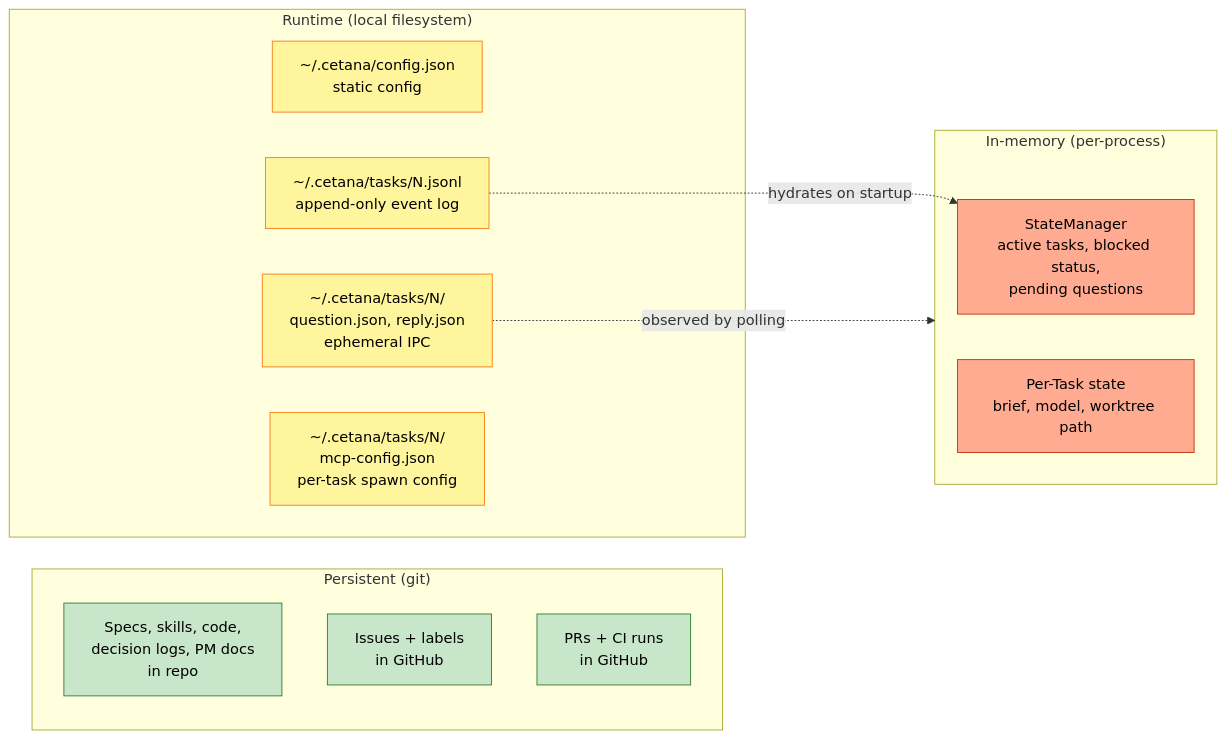
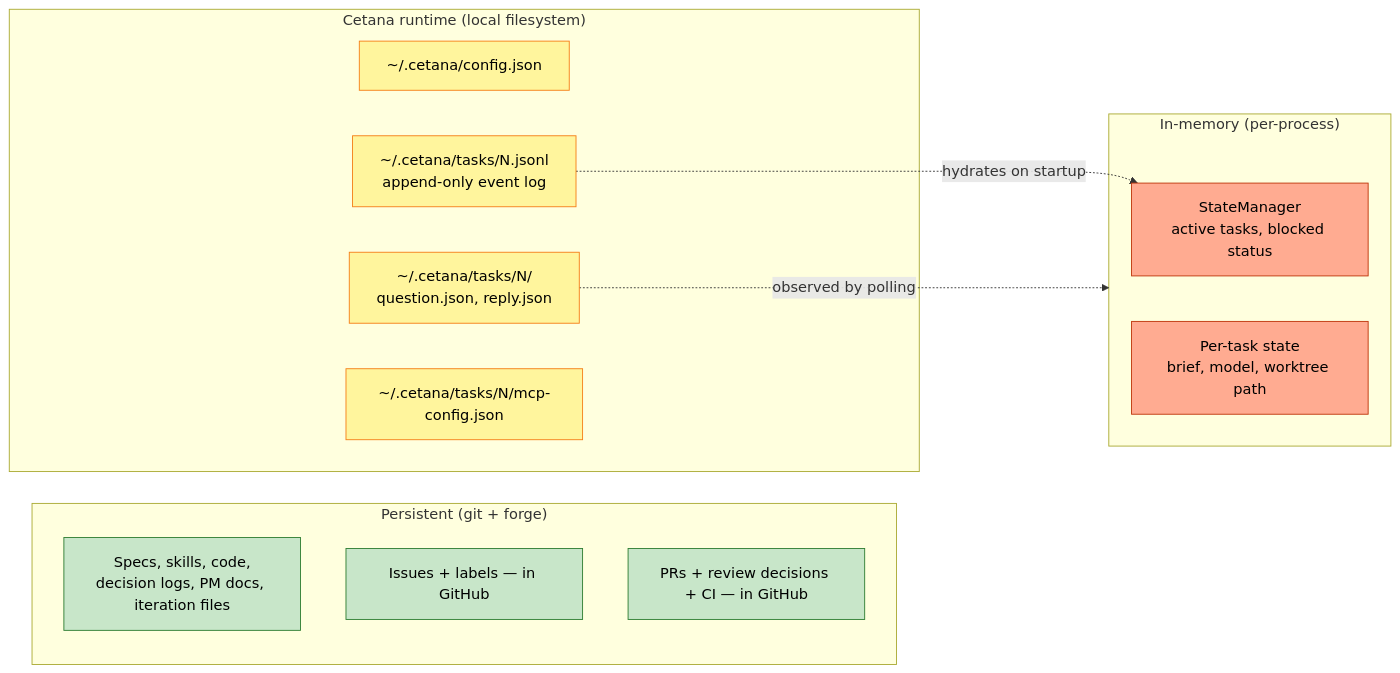
Before and after one commit to atta-labs/attalabs: the sixth of 8 diagrams in project-management/diagrams/system-architecture.md, drawn with Mermaid. The commit also changed other lines of this file, not shown here.

````diff
--- a/project-management/diagrams/system-architecture.md
+++ b/project-management/diagrams/system-architecture.md
@@ -287,31 +273,31 @@
 ```mermaid
 flowchart LR
-    subgraph Persistent["Persistent (git)"]
-        RepoState[Specs, skills, code,<br/>decision logs, PM docs<br/>in repo]
-        IssuesState[Issues + labels<br/>in GitHub]
-        PRState[PRs + CI runs<br/>in GitHub]
+    subgraph Persistent["Persistent (git + forge)"]
+        RepoState[Specs, skills, code,<br/>decision logs, PM docs, iteration files]
+        IssuesState[Issues + labels — in GitHub]
+        PRState[PRs + review decisions + CI — in GitHub]
     end
 
-    subgraph Runtime["Runtime (local filesystem)"]
-        ConfigFile[~/.cetana/config.json<br/>static config]
+    subgraph Runtime["Cetana runtime (local filesystem)"]
+        ConfigFile[~/.cetana/config.json]
         JSONLLogs[~/.cetana/tasks/N.jsonl<br/>append-only event log]
-        IPCFiles[~/.cetana/tasks/N/<br/>question.json, reply.json<br/>ephemeral IPC]
-        MCPConfigs[~/.cetana/tasks/N/<br/>mcp-config.json<br/>per-task spawn config]
+        IPCFiles[~/.cetana/tasks/N/<br/>question.json, reply.json]
+        MCPConfigs[~/.cetana/tasks/N/mcp-config.json]
     end
 
     subgraph InMemory["In-memory (per-process)"]
-        StateManager[StateManager<br/>active tasks, blocked status,<br/>pending questions]
-        TaskState[Per-Task state<br/>brief, model, worktree path]
+        StateManager[StateManager<br/>active tasks, blocked status]
+        TaskState[Per-task state<br/>brief, model, worktree path]
     end
 
     JSONLLogs -.hydrates on startup.-> StateManager
     IPCFiles -.observed by polling.-> InMemory
 
     classDef persistentNode fill:#c8e6c9,stroke:#2e7d32,color:#000
     classDef runtimeNode fill:#fff59d,stroke:#f57f17,color:#000
     classDef memoryNode fill:#ffab91,stroke:#bf360c,color:#000
 
     class RepoState,IssuesState,PRState persistentNode
     class ConfigFile,JSONLLogs,IPCFiles,MCPConfigs runtimeNode
     class StateManager,TaskState memoryNode
 ```
````
